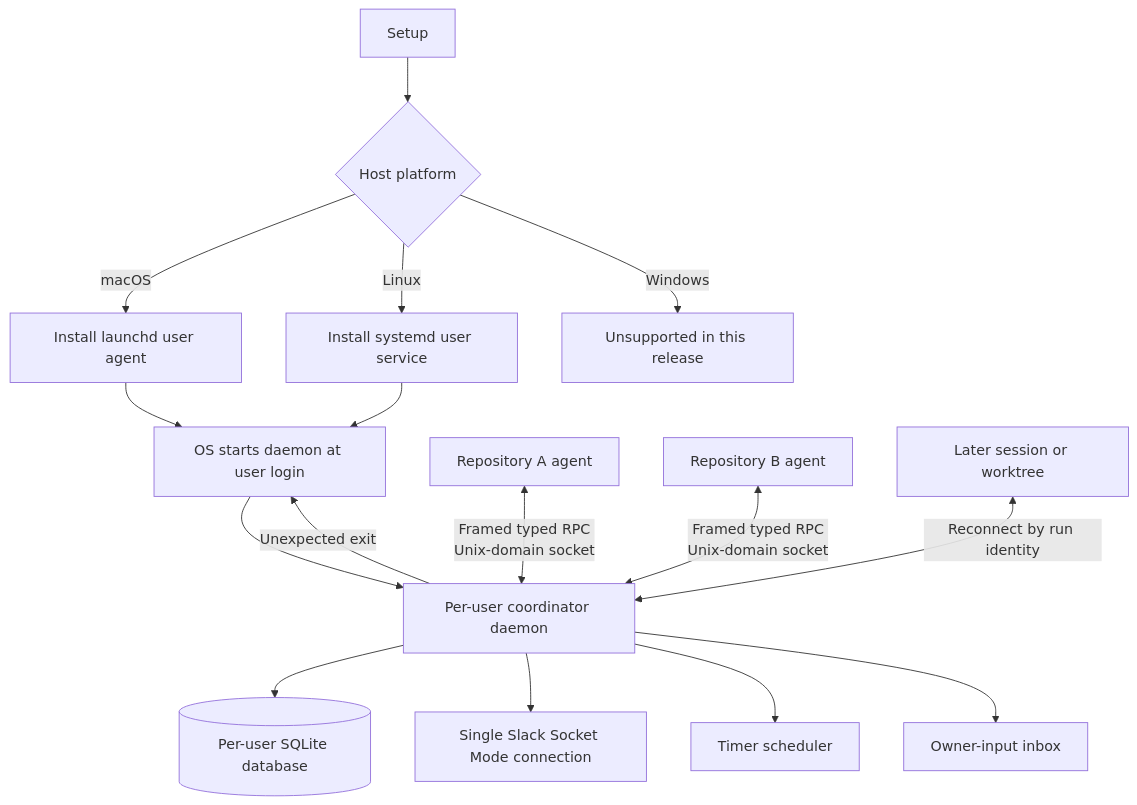
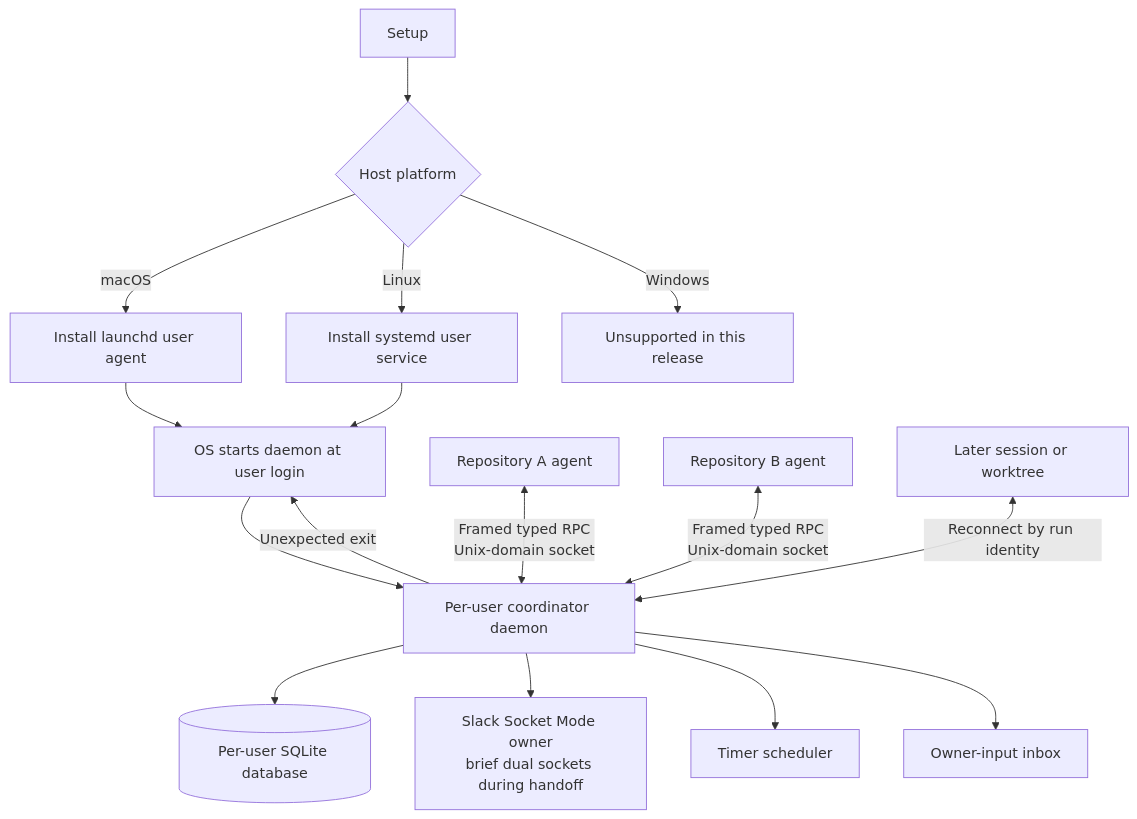
One commit to MarkTripoli/skills changed the sixth of 7 diagrams in .agents/tasks/i-want-new-skill/03-tdd-slack-agent-communication.md. Above: the diagram before and after it, drawn with Mermaid. The commit also changed other lines of this file and 1 other file, not shown here.

````diff
--- a/.agents/tasks/i-want-new-skill/03-tdd-slack-agent-communication.md
+++ b/.agents/tasks/i-want-new-skill/03-tdd-slack-agent-communication.md
@@ -151,19 +178,19 @@
 ```mermaid
 flowchart TD
     S[Setup] --> P{Host platform}
     P -->|macOS| L[Install launchd user agent]
     P -->|Linux| U[Install systemd user service]
     P -->|Windows| X[Unsupported in this release]
     L --> O[OS starts daemon at user login]
     U --> O
     O --> D[Per-user coordinator daemon]
     D -->|Unexpected exit| O
     D --> DB[(Per-user SQLite database)]
-    D --> SA[Single Slack Socket Mode connection]
+    D --> SA[Slack Socket Mode owner<br/>brief dual sockets during handoff]
     D --> T[Timer scheduler]
     D --> I[Owner-input inbox]
 
     R1[Repository A agent] <-->|Framed typed RPC<br/>Unix-domain socket| D
     R2[Repository B agent] <-->|Framed typed RPC<br/>Unix-domain socket| D
     W[Later session or worktree] <-->|Reconnect by run identity| D
 ```
````
